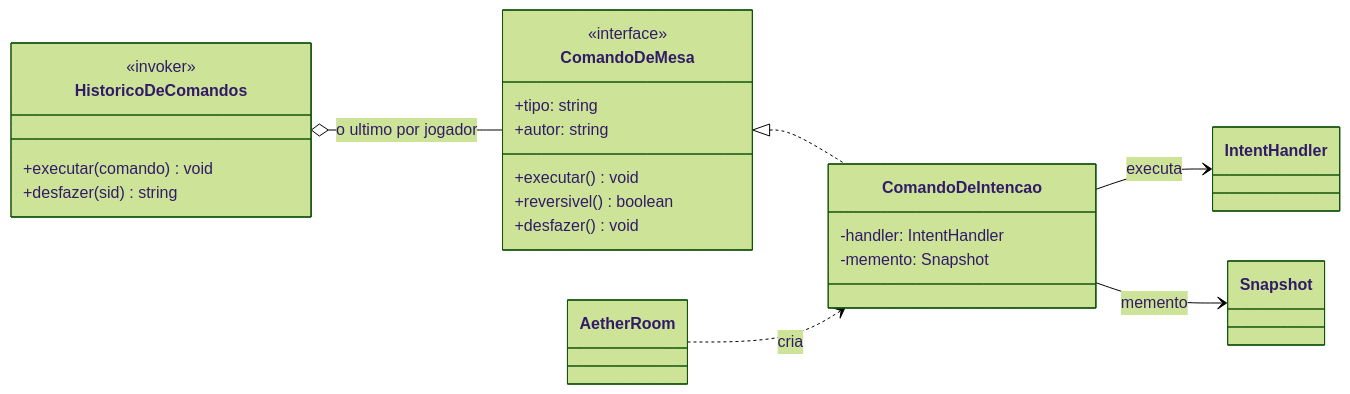
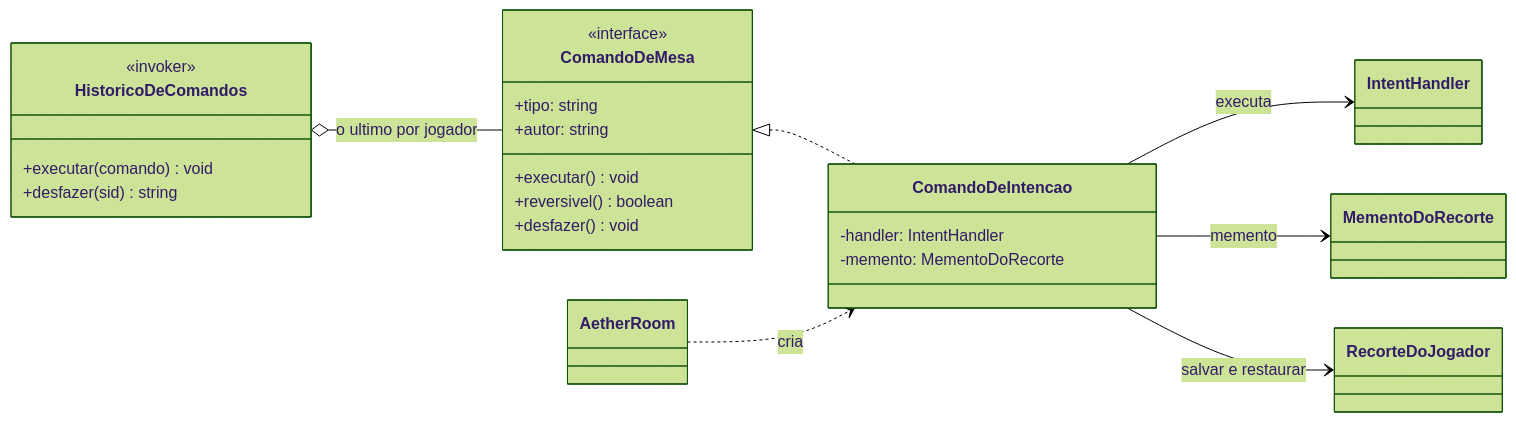
The first of 2 diagrams in docs/padroes_command_e_template_method.md (Dracon-46/AetherTable), drawn with Mermaid (forest theme) before and after one commit. The commit also changed other lines of this file and 7 other files, not shown here.

First line of the commit message:
docs: DOC-098 — padrão Memento, com diagrama de classes

````diff
--- a/docs/padroes_command_e_template_method.md
+++ b/docs/padroes_command_e_template_method.md
@@ -52,26 +52,27 @@
 ```mermaid
 classDiagram
     direction LR
     class ComandoDeMesa {
         <<interface>>
         +tipo: string
         +autor: string
         +executar() void
         +reversivel() boolean
         +desfazer() void
     }
     class ComandoDeIntencao {
         -handler: IntentHandler
-        -memento: Snapshot
+        -memento: MementoDoRecorte
     }
     class HistoricoDeComandos {
         <<invoker>>
         +executar(comando) void
         +desfazer(sid) string
     }
     ComandoDeMesa <|.. ComandoDeIntencao
     HistoricoDeComandos o-- ComandoDeMesa : o ultimo por jogador
     AetherRoom ..> ComandoDeIntencao : cria
     ComandoDeIntencao --> IntentHandler : executa
-    ComandoDeIntencao --> Snapshot : memento
+    ComandoDeIntencao --> MementoDoRecorte : memento
+    ComandoDeIntencao --> RecorteDoJogador : salvar e restaurar
 ```
````
